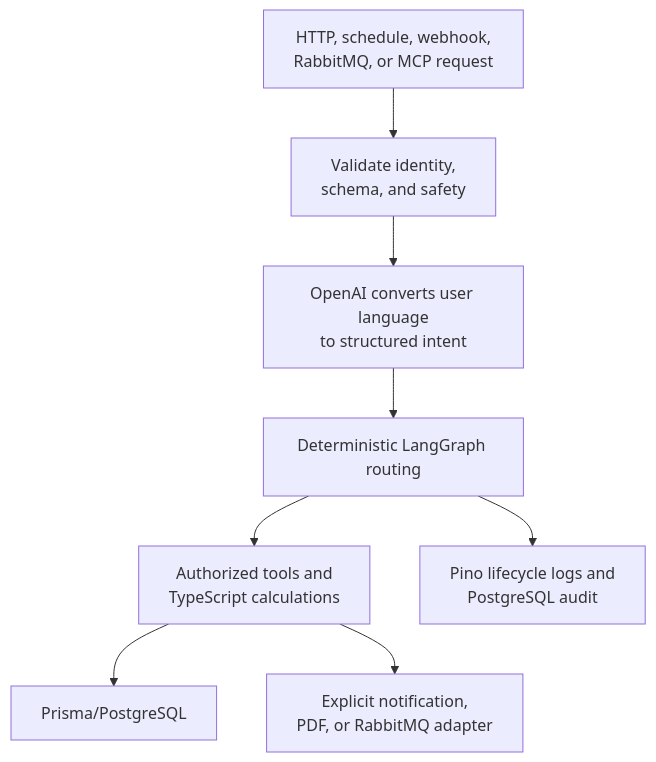
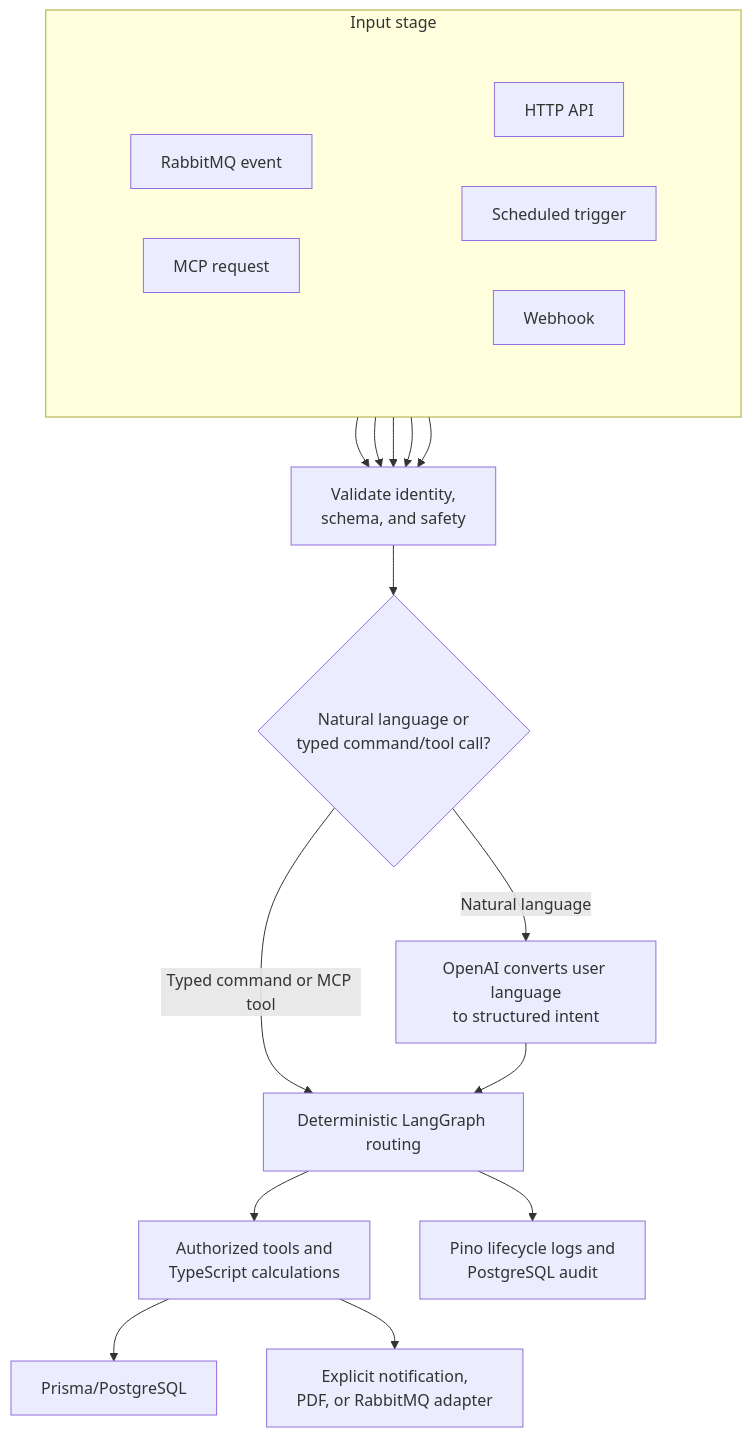
The first of 3 diagrams in README.md (ramioooz/hcm-agentic-llmops), drawn with Mermaid before and after one commit.

Commit message:
docs: clarify workflow entry points

````diff
--- a/README.md
+++ b/README.md
@@ -230,10 +230,40 @@
 ```mermaid
 flowchart TD
-    Request["HTTP, schedule, webhook,<br/>RabbitMQ, or MCP request"] --> Validate["Validate identity,<br/>schema, and safety"]
-    Validate --> Intent["OpenAI converts user language<br/>to structured intent"]
-    Intent --> Route["Deterministic LangGraph routing"]
+    subgraph Inputs["Input stage"]
+        direction TB
+
+        subgraph InputRow1[" "]
+            direction LR
+            HTTP["HTTP API"]
+            Schedule["Scheduled trigger"]
+            Webhook["Webhook"]
+        end
+
+        subgraph InputRow2[" "]
+            direction LR
+            RabbitMQ["RabbitMQ event"]
+            MCP["MCP request"]
+        end
+    end
+
+    style InputRow1 fill:none,stroke:none
+    style InputRow2 fill:none,stroke:none
+
+    HTTP --> Validate
+    Schedule --> Validate
+    Webhook --> Validate
+    RabbitMQ --> Validate
+    MCP --> Validate
+
+    Validate["Validate identity,<br/>schema, and safety"]
+    InputType{"Natural language or<br/>typed command/tool call?"}
+    Intent["OpenAI converts user language<br/>to structured intent"]
+    Validate --> InputType
+    InputType -->|Natural language| Intent
+    InputType -->|Typed command or MCP tool| Route["Deterministic LangGraph routing"]
+    Intent --> Route
     Route --> Tools["Authorized tools and<br/>TypeScript calculations"]
     Tools --> Data["Prisma/PostgreSQL"]
     Tools --> Effects["Explicit notification,<br/>PDF, or RabbitMQ adapter"]
     Route --> Audit["Pino lifecycle logs and<br/>PostgreSQL audit"]
 ```
````
